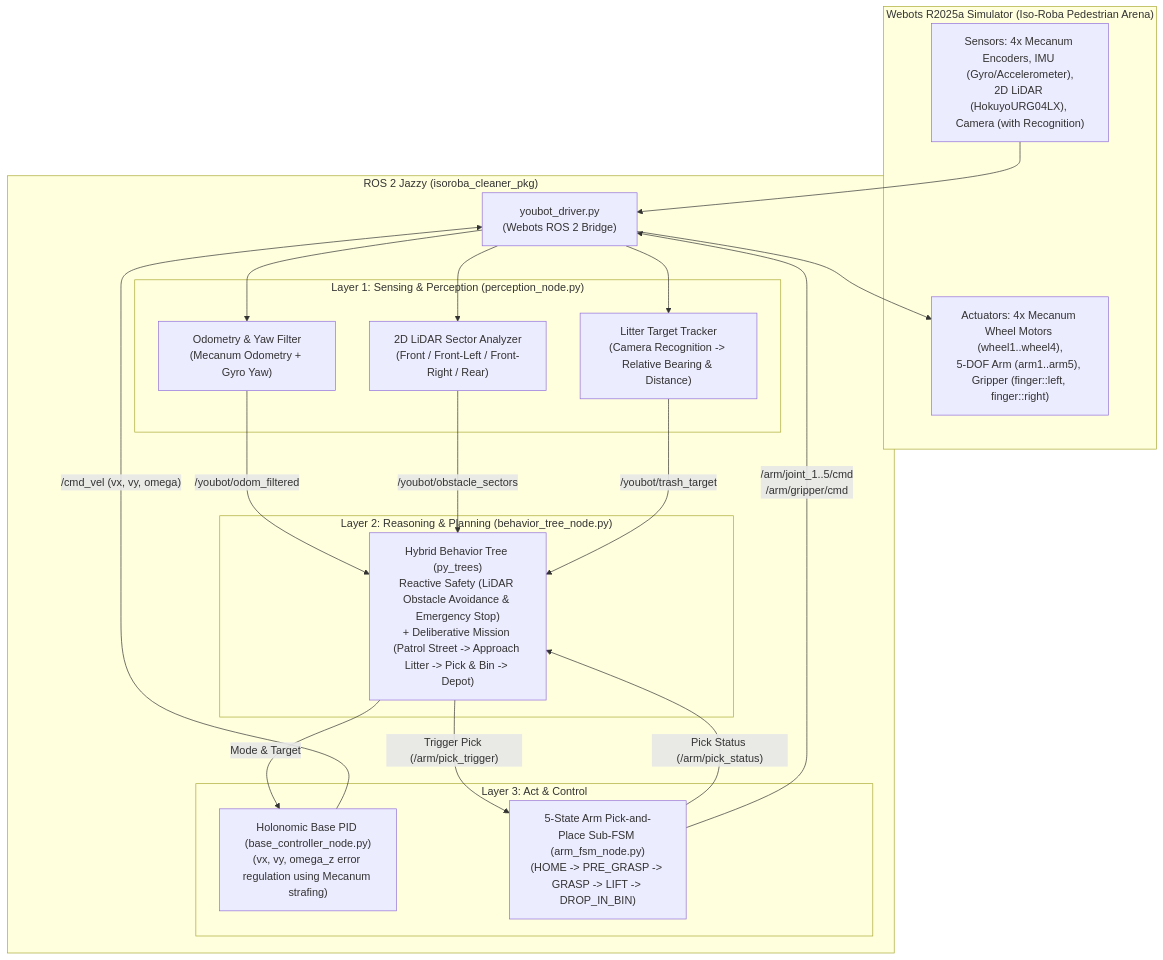
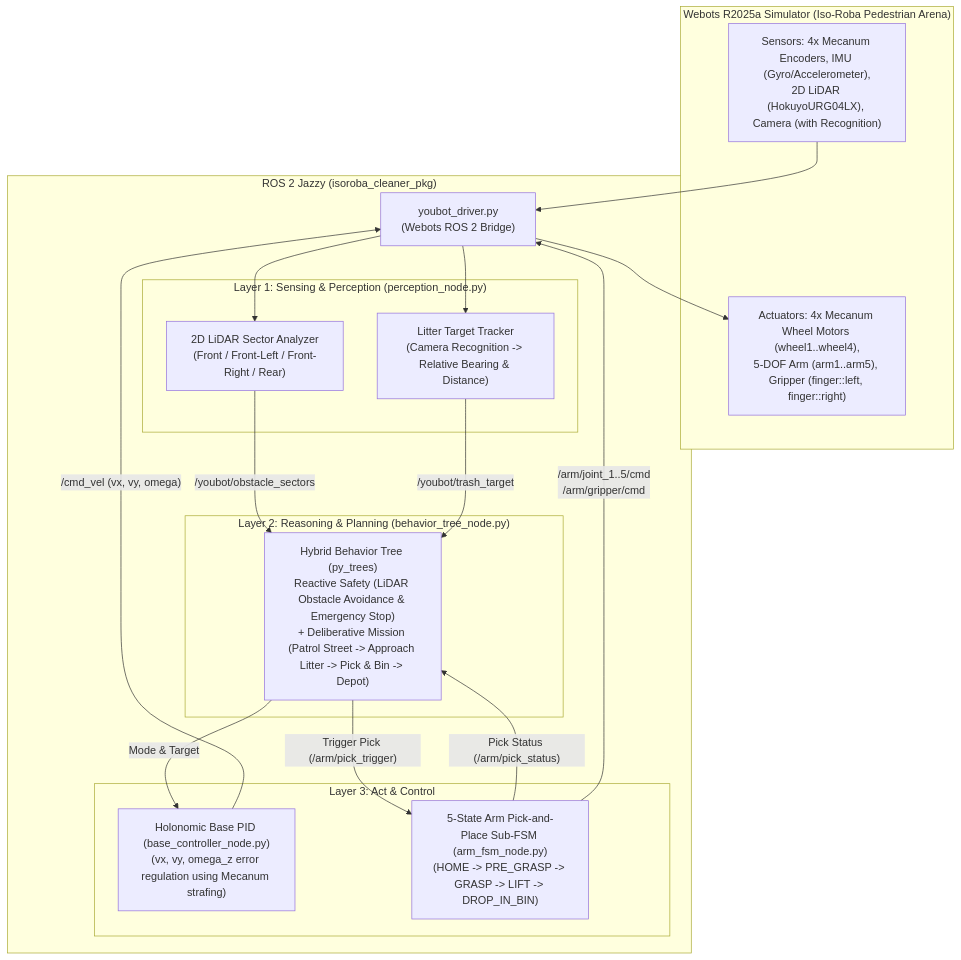
The diagram in docs/ARCHITECTURE.md (nissev/TEKS4430_Autumn-2026_project), drawn with Mermaid before and after one commit. The commit also changed other lines of this file and 4 other files, not shown here.

````diff
--- a/docs/ARCHITECTURE.md
+++ b/docs/ARCHITECTURE.md
@@ -21,43 +21,40 @@
 ```mermaid
 flowchart TD
     subgraph Webots["Webots R2025a Simulator (Iso-Roba Pedestrian Arena)"]
         Sensors["Sensors: 4x Mecanum Encoders, IMU (Gyro/Accelerometer),\n2D LiDAR (HokuyoURG04LX), Camera (with Recognition)"]
         Actuators["Actuators: 4x Mecanum Wheel Motors (wheel1..wheel4),\n5-DOF Arm (arm1..arm5), Gripper (finger::left, finger::right)"]
     end
 
     subgraph ROS2["ROS 2 Jazzy (isoroba_cleaner_pkg)"]
         Driver["youbot_driver.py\n(Webots ROS 2 Bridge)"]
 
         subgraph Layer1["Layer 1: Sensing & Perception (perception_node.py)"]
-            OdomFilter["Odometry & Yaw Filter\n(Mecanum Odometry + Gyro Yaw)"]
             LidarProc["2D LiDAR Sector Analyzer\n(Front / Front-Left / Front-Right / Rear)"]
             CamRec["Litter Target Tracker\n(Camera Recognition -> Relative Bearing & Distance)"]
         end
 
         subgraph Layer2["Layer 2: Reasoning & Planning (behavior_tree_node.py)"]
             BT["Hybrid Behavior Tree (py_trees)\nReactive Safety (LiDAR Obstacle Avoidance & Emergency Stop)\n+ Deliberative Mission (Patrol Street -> Approach Litter -> Pick & Bin -> Depot)"]
         end
 
         subgraph Layer3["Layer 3: Act & Control"]
             BasePID["Holonomic Base PID (base_controller_node.py)\n(vx, vy, omega_z error regulation using Mecanum strafing)"]
             ArmFSM["5-State Arm Pick-and-Place Sub-FSM (arm_fsm_node.py)\n(HOME -> PRE_GRASP -> GRASP -> LIFT -> DROP_IN_BIN)"]
         end
     end
 
     Sensors --> Driver
-    Driver --> OdomFilter
     Driver --> LidarProc
     Driver --> CamRec
 
-    OdomFilter -->|"/youbot/odom_filtered"| BT
     LidarProc -->|"/youbot/obstacle_sectors"| BT
     CamRec -->|"/youbot/trash_target"| BT
 
     BT -->|"Mode & Target"| BasePID
     BT -->|"Trigger Pick (/arm/pick_trigger)"| ArmFSM
     ArmFSM -->|"Pick Status (/arm/pick_status)"| BT
 
     BasePID -->|"/cmd_vel (vx, vy, omega)"| Driver
     ArmFSM -->|"/arm/joint_1..5/cmd\n/arm/gripper/cmd"| Driver
     Driver --> Actuators
 ```
````
